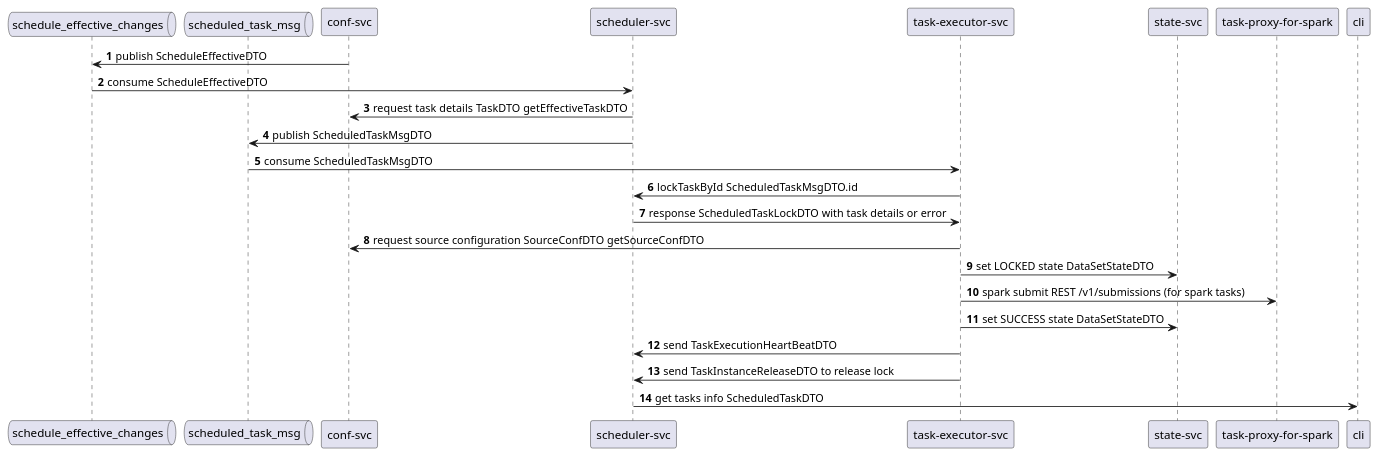
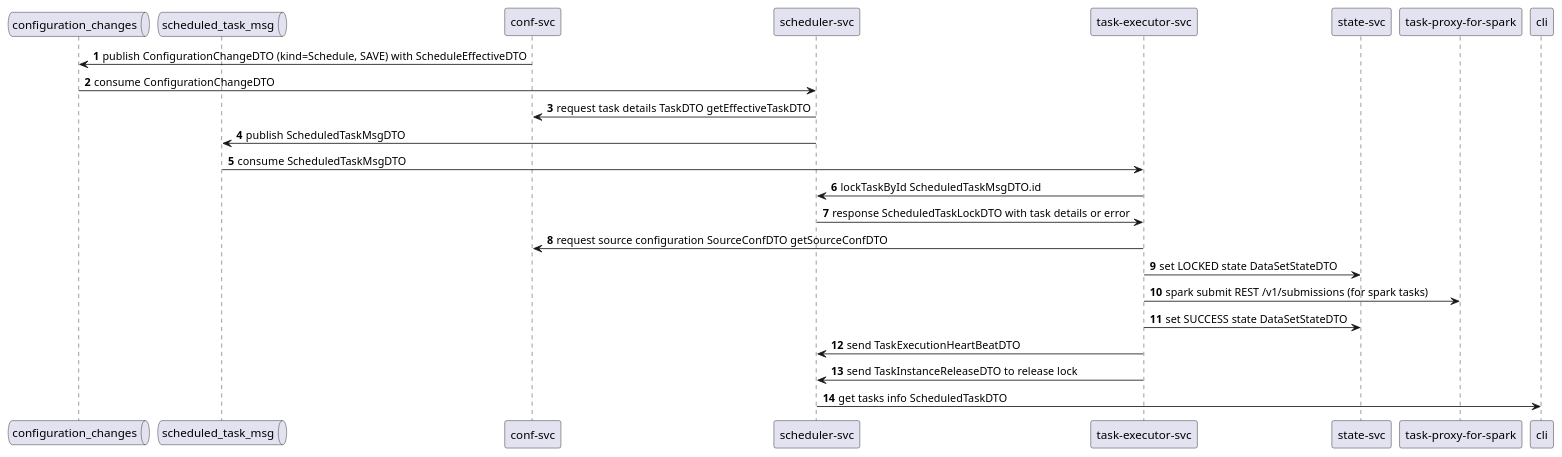
Before and after one commit to zaytsevdmitry/lakehouse: the diagram in doc-ru/system_design/services-sequence.puml, drawn with PlantUML. The commit also changed 2462 other files, not shown here.

```diff
--- a/doc-ru/system_design/services-sequence.puml
+++ b/doc-ru/system_design/services-sequence.puml
@@ -1,23 +1,23 @@
 @startuml
 autonumber
 
-queue schedule_effective_changes
+queue configuration_changes
 queue scheduled_task_msg
 
-"conf-svc" -> schedule_effective_changes : publish ScheduleEffectiveDTO
-schedule_effective_changes -> "scheduler-svc" : consume ScheduleEffectiveDTO
+"conf-svc" -> configuration_changes : publish ConfigurationChangeDTO (kind=Schedule, SAVE) with ScheduleEffectiveDTO
+configuration_changes -> "scheduler-svc" : consume ConfigurationChangeDTO
 
 "scheduler-svc" -> "conf-svc" : request task details TaskDTO getEffectiveTaskDTO
 "scheduler-svc" -> scheduled_task_msg : publish ScheduledTaskMsgDTO
 scheduled_task_msg -> "task-executor-svc" : consume ScheduledTaskMsgDTO
 
 "task-executor-svc" -> "scheduler-svc" : lockTaskById ScheduledTaskMsgDTO.id
 "scheduler-svc" -> "task-executor-svc" : response ScheduledTaskLockDTO with task details or error
 "task-executor-svc" -> "conf-svc" : request source configuration SourceConfDTO getSourceConfDTO
 "task-executor-svc" -> "state-svc" : set LOCKED state DataSetStateDTO
 "task-executor-svc" -> "task-proxy-for-spark" : spark submit REST /v1/submissions (for spark tasks)
 "task-executor-svc" -> "state-svc" : set SUCCESS state DataSetStateDTO
 "task-executor-svc" -> "scheduler-svc" : send TaskExecutionHeartBeatDTO
 "task-executor-svc" -> "scheduler-svc" : send TaskInstanceReleaseDTO to release lock
 "cli" <- "scheduler-svc" : get tasks info ScheduledTaskDTO
 @enduml
```
